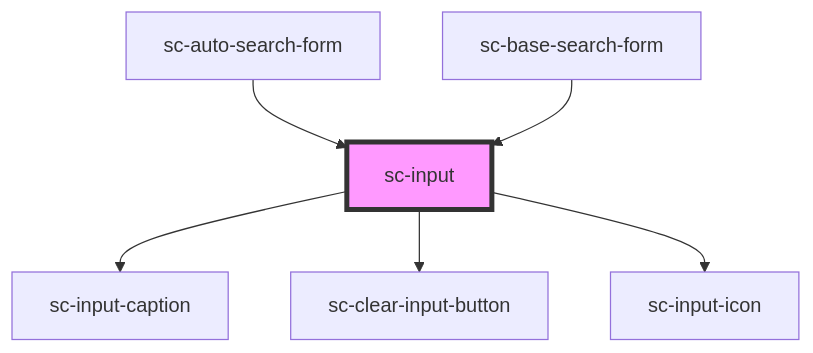
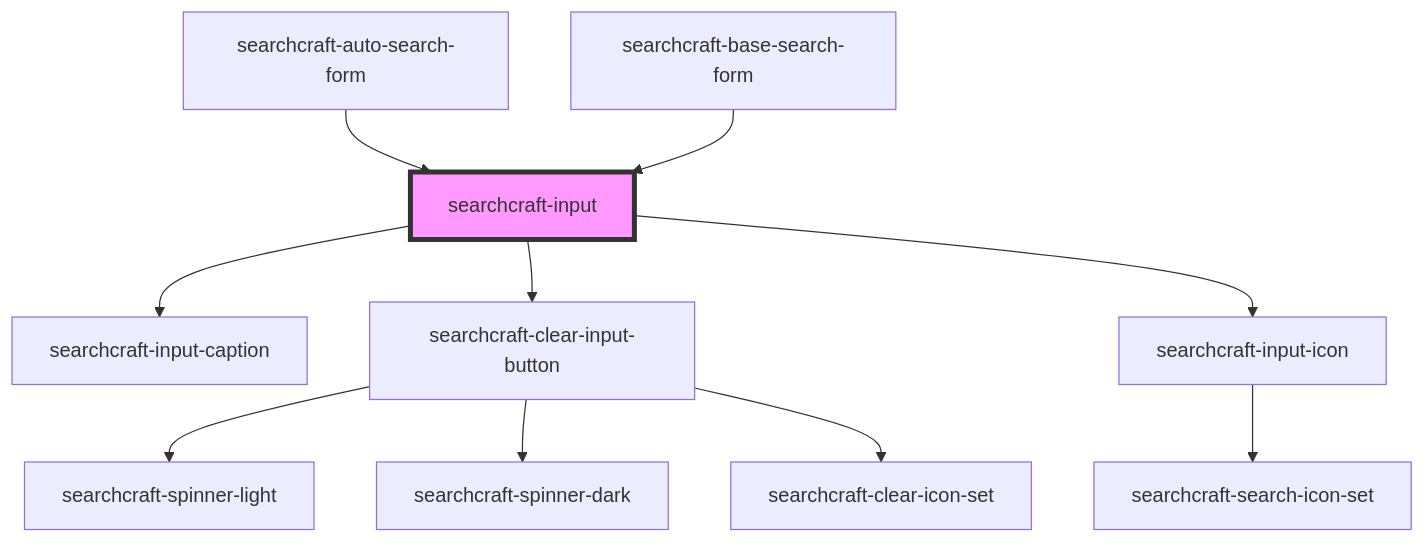
The diagram in packages/javascript-sdk/src/components/searchcraft-input/readme.md (searchcraft-inc/searchcraft-javascript-sdks), drawn with Mermaid before and after one commit. The commit also changed other lines of this file and 56 other files, not shown here.

````diff
--- a/packages/javascript-sdk/src/components/searchcraft-input/readme.md
+++ b/packages/javascript-sdk/src/components/searchcraft-input/readme.md
@@ -44,9 +44,13 @@
 ```mermaid
 graph TD;
-  sc-input --> sc-input-caption
-  sc-input --> sc-clear-input-button
-  sc-input --> sc-input-icon
-  sc-auto-search-form --> sc-input
-  sc-base-search-form --> sc-input
-  style sc-input fill:#f9f,stroke:#333,stroke-width:4px
+  searchcraft-input --> searchcraft-input-caption
+  searchcraft-input --> searchcraft-clear-input-button
+  searchcraft-input --> searchcraft-input-icon
+  searchcraft-clear-input-button --> searchcraft-spinner-light
+  searchcraft-clear-input-button --> searchcraft-spinner-dark
+  searchcraft-clear-input-button --> searchcraft-clear-icon-set
+  searchcraft-input-icon --> searchcraft-search-icon-set
+  searchcraft-auto-search-form --> searchcraft-input
+  searchcraft-base-search-form --> searchcraft-input
+  style searchcraft-input fill:#f9f,stroke:#333,stroke-width:4px
 ```
````
